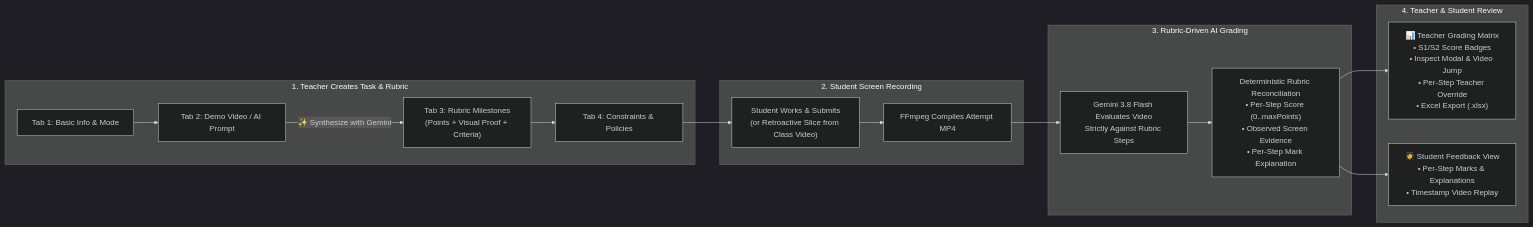
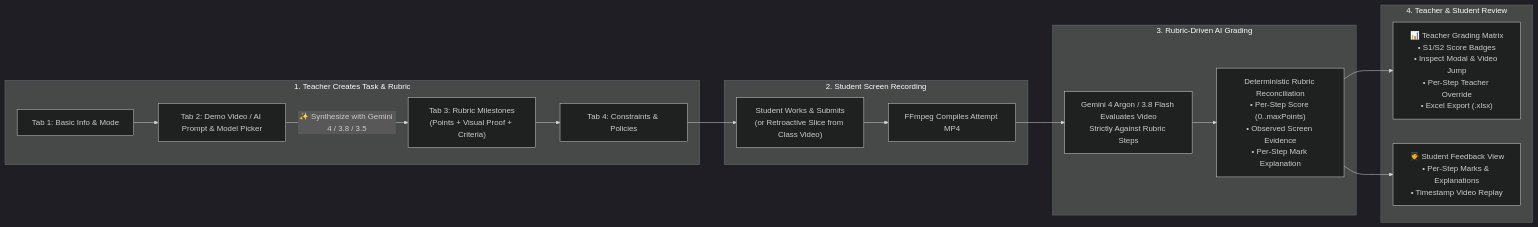
One commit to wongcyrus/Google-AI-Classroom changed the diagram in docs/practical-tasks-and-rubric-grading-user-guide.md. Above: the diagram before and after it, drawn with Mermaid (dark theme). The commit also changed other lines of this file and 33 other files, not shown here.

Commit message:
feat: universal Gemini 4 (gemini-4-argon) selection, updated presentation deck, and 10-part GDE technical blog series

````diff
--- a/docs/practical-tasks-and-rubric-grading-user-guide.md
+++ b/docs/practical-tasks-and-rubric-grading-user-guide.md
@@ -69,23 +69,23 @@
 ```mermaid
 flowchart LR
     subgraph Create ["1. Teacher Creates Task & Rubric"]
-        A["Tab 1: Basic Info & Mode"] --> B["Tab 2: Demo Video / AI Prompt"]
-        B -->|✨ Synthesize with Gemini| C["Tab 3: Rubric Milestones\n(Points + Visual Proof + Criteria)"]
+        A["Tab 1: Basic Info & Mode"] --> B["Tab 2: Demo Video / AI Prompt & Model Picker"]
+        B -->|✨ Synthesize with Gemini 4 / 3.8 / 3.5| C["Tab 3: Rubric Milestones\n(Points + Visual Proof + Criteria)"]
         C --> D["Tab 4: Constraints & Policies"]
     end
 
     subgraph Capture ["2. Student Screen Recording"]
         D --> E["Student Works & Submits\n(or Retroactive Slice from Class Video)"]
         E --> F["FFmpeg Compiles Attempt MP4"]
     end
 
     subgraph Grade ["3. Rubric-Driven AI Grading"]
-        F --> G["Gemini 3.8 Flash Evaluates Video\nStrictly Against Rubric Steps"]
+        F --> G["Gemini 4 Argon / 3.8 Flash Evaluates Video\nStrictly Against Rubric Steps"]
         G --> H["Deterministic Rubric Reconciliation\n• Per-Step Score (0..maxPoints)\n• Observed Screen Evidence\n• Per-Step Mark Explanation"]
     end
 
     subgraph Review ["4. Teacher & Student Review"]
         H --> I["📊 Teacher Grading Matrix\n• S1/S2 Score Badges\n• Inspect Modal & Video Jump\n• Per-Step Teacher Override\n• Excel Export (.xlsx)"]
         H --> J["🧑‍🎓 Student Feedback View\n• Per-Step Marks & Explanations\n• Timestamp Video Replay"]
     end
 ```
````
